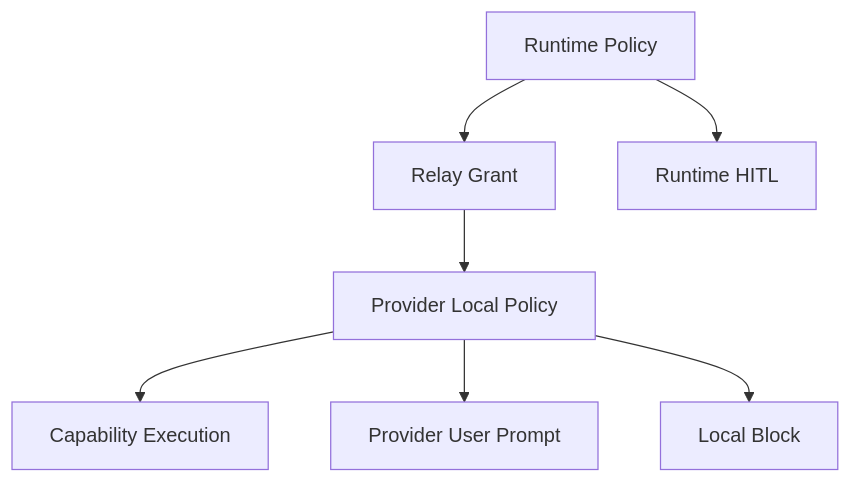
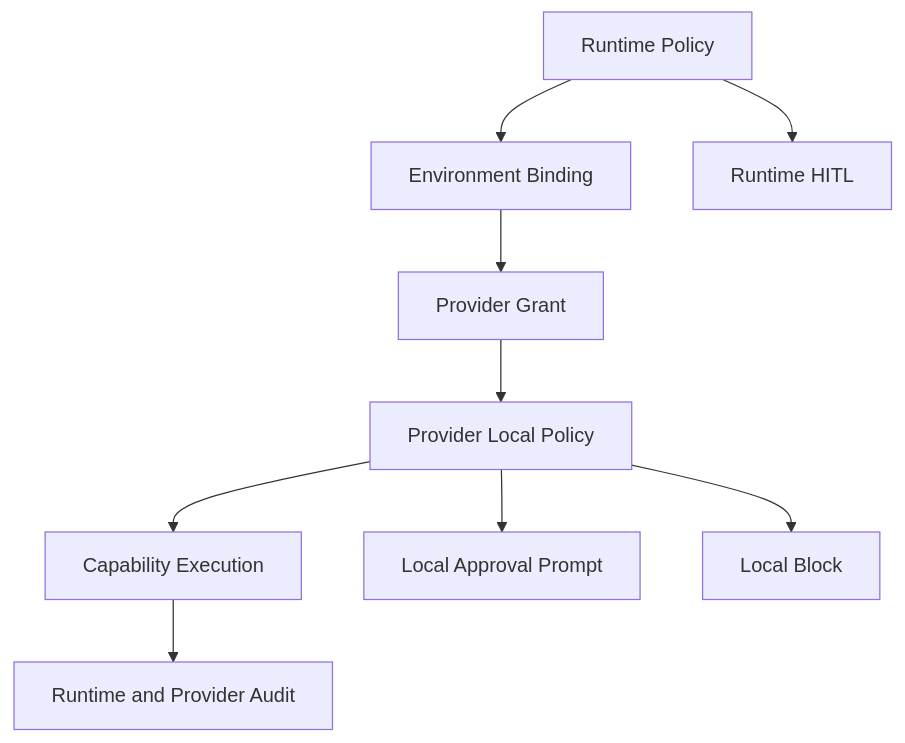
One commit to Alexsu26/ya-mono changed the diagram in packages/ya-environment-relay/spec/04-security-and-policy.md. Above: the diagram before and after it, drawn with Mermaid. The commit also changed other lines of this file and 108 other files, not shown here.

````diff
--- a/packages/ya-environment-relay/spec/04-security-and-policy.md
+++ b/packages/ya-environment-relay/spec/04-security-and-policy.md
@@ -9,10 +11,12 @@
 ```mermaid
 flowchart TB
-    RuntimePolicy[Runtime Policy] --> RelayGrant[Relay Grant]
-    RelayGrant --> ProviderPolicy[Provider Local Policy]
-    ProviderPolicy --> Capability[Capability Execution]
+    RuntimePolicy["Runtime Policy"] --> BindingPolicy["Environment Binding"]
+    BindingPolicy --> Grant["Provider Grant"]
+    Grant --> ProviderPolicy["Provider Local Policy"]
+    ProviderPolicy --> Capability["Capability Execution"]
 
-    RuntimePolicy --> HITL[Runtime HITL]
-    ProviderPolicy --> LocalPrompt[Provider User Prompt]
-    ProviderPolicy --> LocalBlock[Local Block]
+    RuntimePolicy --> RuntimeHITL["Runtime HITL"]
+    ProviderPolicy --> LocalPrompt["Local Approval Prompt"]
+    ProviderPolicy --> LocalBlock["Local Block"]
+    Capability --> Audit["Runtime and Provider Audit"]
 ```
````
